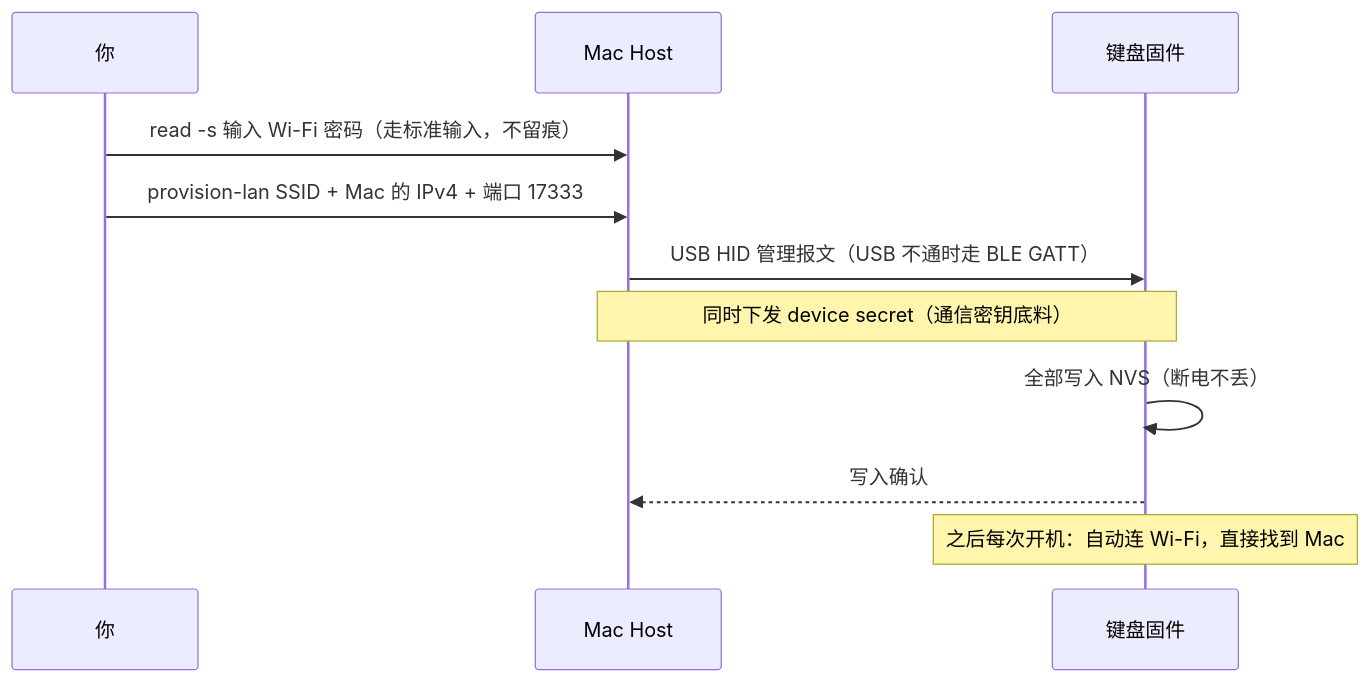
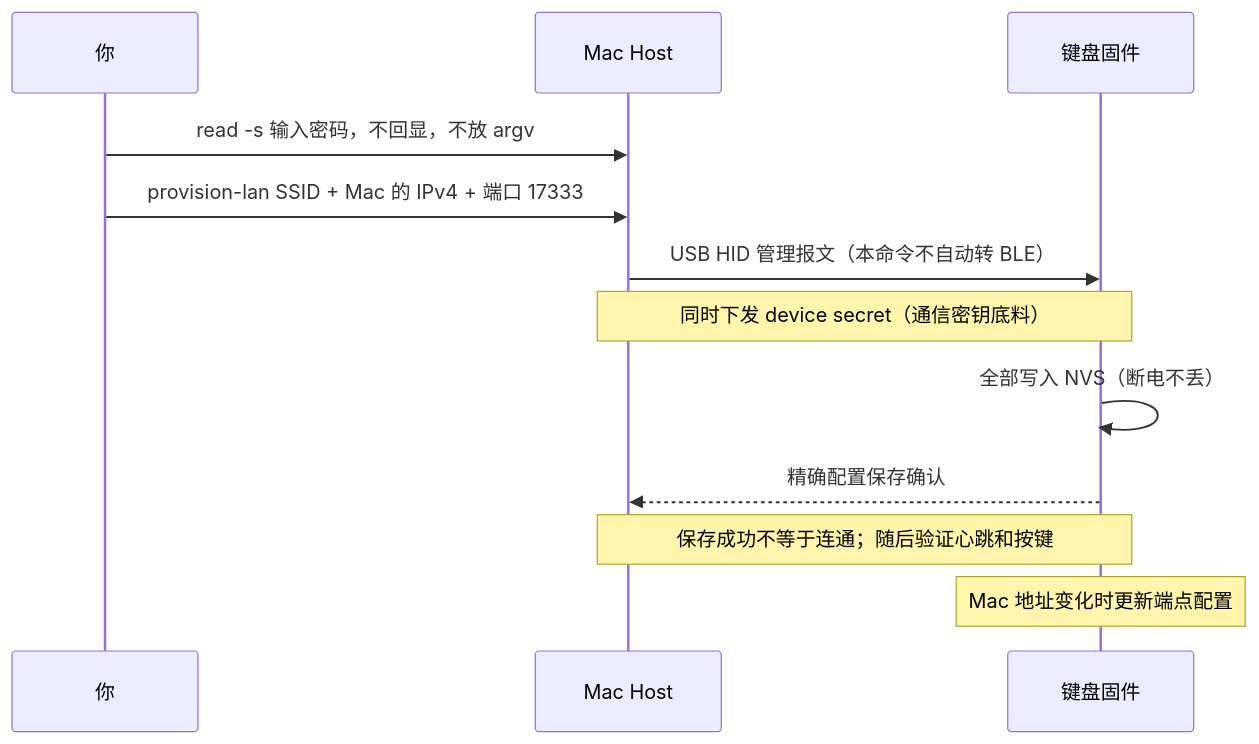
One commit to Larkspur-Wang/Codex_Keyboard changed the diagram in projects/feishu_tutorial_20260817/boards/wb03_配网流程.mmd. Above: the diagram before and after it, drawn with Mermaid. The commit also changed 87 other files, not shown here.

```diff
--- a/projects/feishu_tutorial_20260817/boards/wb03_配网流程.mmd
+++ b/projects/feishu_tutorial_20260817/boards/wb03_配网流程.mmd
@@ -1,11 +1,12 @@
 sequenceDiagram
     participant U as 你
     participant H as Mac Host
     participant K as 键盘固件
-    U->>H: read -s 输入 Wi-Fi 密码（走标准输入，不留痕）
+    U->>H: read -s 输入密码，不回显，不放 argv
     U->>H: provision-lan SSID + Mac 的 IPv4 + 端口 17333
-    H->>K: USB HID 管理报文（USB 不通时走 BLE GATT）
+    H->>K: USB HID 管理报文（本命令不自动转 BLE）
     Note over H,K: 同时下发 device secret（通信密钥底料）
     K->>K: 全部写入 NVS（断电不丢）
-    K-->>H: 写入确认
-    Note over K: 之后每次开机：自动连 Wi-Fi，直接找到 Mac
+    K-->>H: 精确配置保存确认
+    Note over H,K: 保存成功不等于连通；随后验证心跳和按键
+    Note over K: Mac 地址变化时更新端点配置
```
